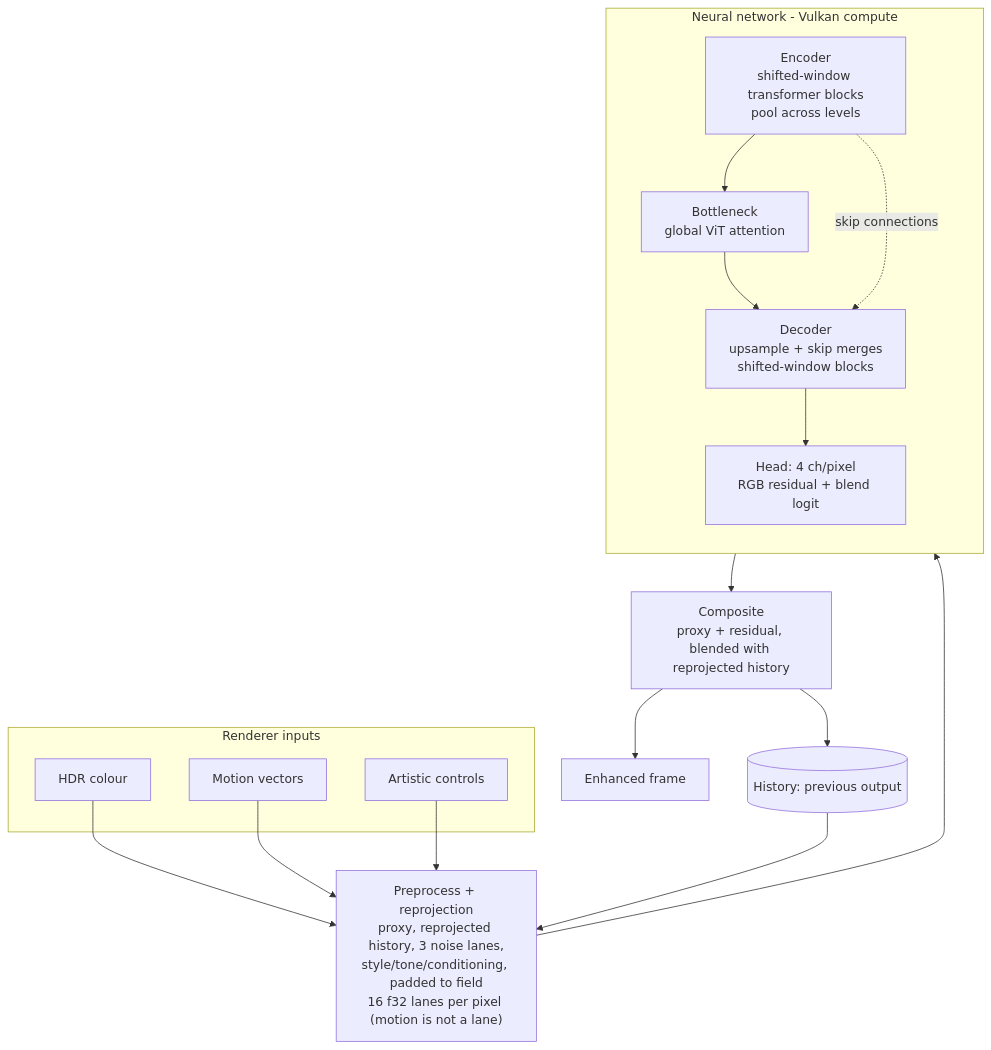
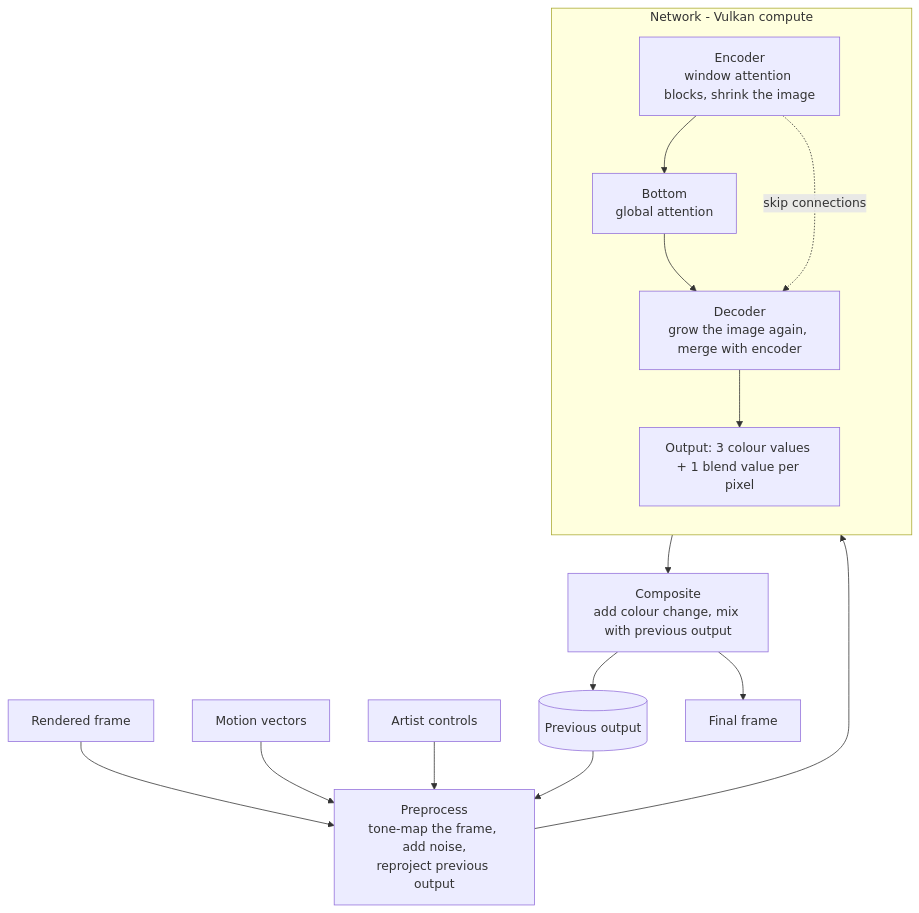
The first of 2 diagrams in docs/architecture.md (mahdyfalah/VulkanNR), drawn with Mermaid before and after one commit. The commit also changed other lines of this file and 2 other files, not shown here.

````diff
--- a/docs/architecture.md
+++ b/docs/architecture.md
@@ -7,30 +23,24 @@
 ```mermaid
 flowchart TD
-    subgraph IN[Renderer inputs]
-        C[HDR colour]
-        MV[Motion vectors]
-        AC[Artistic controls]
-    end
+    C[Rendered frame] --> PRE
+    MV[Motion vectors] --> PRE
+    AC[Artist controls] --> PRE
+    HIST[(Previous output)] --> PRE
 
-    C --> PRE
-    MV --> PRE
-    AC --> PRE
-    HIST[(History: previous output)] --> PRE
-
-    PRE["Preprocess + reprojection<br/>proxy, reprojected history, 3 noise lanes,<br/>style/tone/conditioning, padded to field<br/>16 f32 lanes per pixel (motion is not a lane)"]
+    PRE["Preprocess<br/>tone-map the frame, add noise,<br/>reproject previous output"]
     PRE --> NET
 
-    subgraph NET[Neural network - Vulkan compute]
+    subgraph NET[Network - Vulkan compute]
         direction TB
-        ENC["Encoder<br/>shifted-window transformer blocks<br/>pool across levels"]
-        BOT["Bottleneck<br/>global ViT attention"]
-        DEC["Decoder<br/>upsample + skip merges<br/>shifted-window blocks"]
-        HEAD["Head: 4 ch/pixel<br/>RGB residual + blend logit"]
+        ENC["Encoder<br/>window attention blocks, shrink the image"]
+        BOT["Bottom<br/>global attention"]
+        DEC["Decoder<br/>grow the image again, merge with encoder"]
+        HEAD["Output: 3 colour values + 1 blend value per pixel"]
         ENC --> BOT --> DEC --> HEAD
         ENC -. skip connections .-> DEC
     end
 
-    HEAD --> COMP["Composite<br/>proxy + residual, blended with reprojected history"]
-    COMP --> OUT[Enhanced frame]
+    HEAD --> COMP["Composite<br/>add colour change, mix with previous output"]
+    COMP --> OUT[Final frame]
     COMP --> HIST
 ```
````
